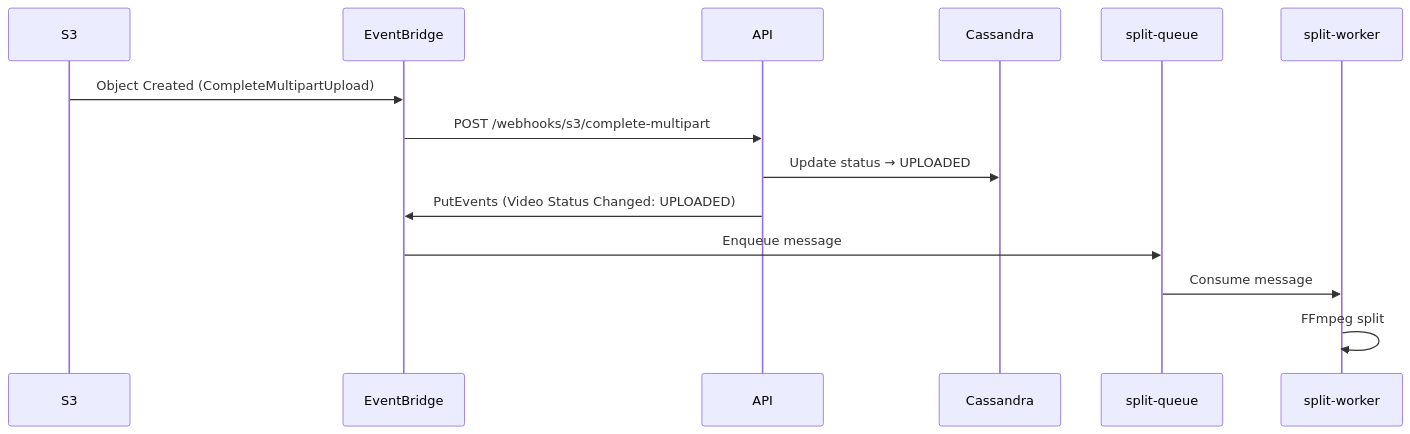
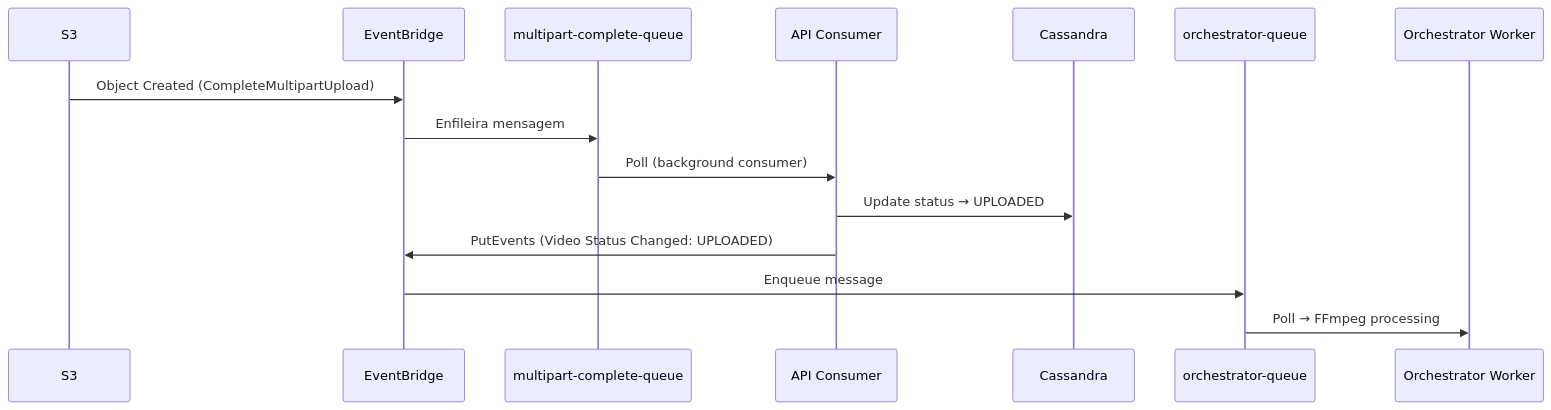
Before and after one commit to FreitasArao/fiap-image: the diagram in docs/adrs/10.md, drawn with Mermaid. The commit also changed other lines of this file and 33 other files, not shown here.

Commit message:
feat: Refactor Dockerfile and update documentation to integrate SQS for multipart upload completion, enhance video processing architecture, and improve local development setup with new consumer patterns

````diff
--- a/docs/adrs/10.md
+++ b/docs/adrs/10.md
@@ -31,17 +41,18 @@
 ```mermaid
 sequenceDiagram
     participant S3
     participant EB as EventBridge
-    participant API
+    participant SQS as multipart-complete-queue
+    participant API as API Consumer
     participant DB as Cassandra
-    participant SQS as split-queue
-    participant SW as split-worker
+    participant SQS2 as orchestrator-queue
+    participant OW as Orchestrator Worker
 
     S3->>EB: Object Created (CompleteMultipartUpload)
-    EB->>API: POST /webhooks/s3/complete-multipart
+    EB->>SQS: Enfileira mensagem
+    SQS->>API: Poll (background consumer)
     API->>DB: Update status → UPLOADED
     API->>EB: PutEvents (Video Status Changed: UPLOADED)
-    EB->>SQS: Enqueue message
-    SQS->>SW: Consume message
-    SW->>SW: FFmpeg split
+    EB->>SQS2: Enqueue message
+    SQS2->>OW: Poll → FFmpeg processing
 ```
````
